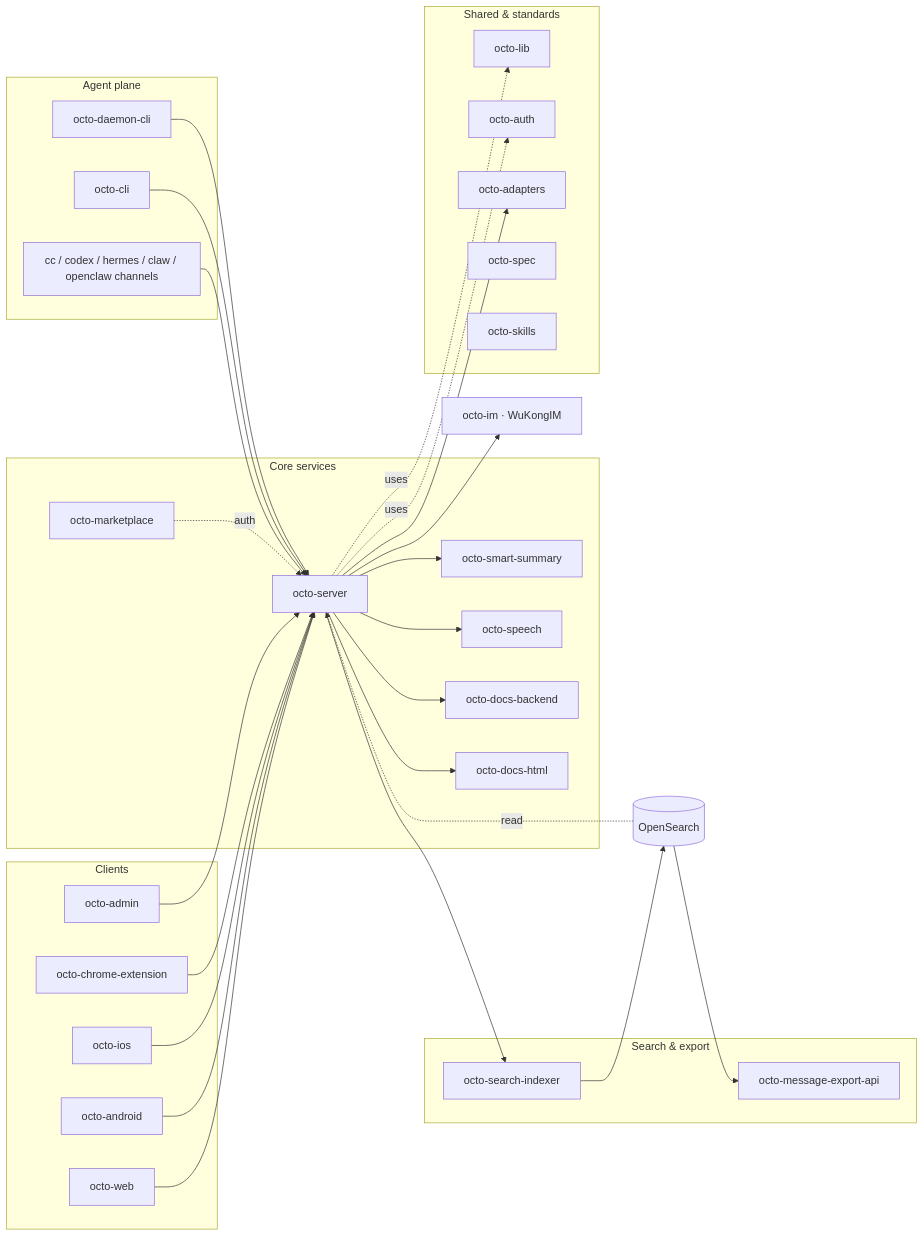
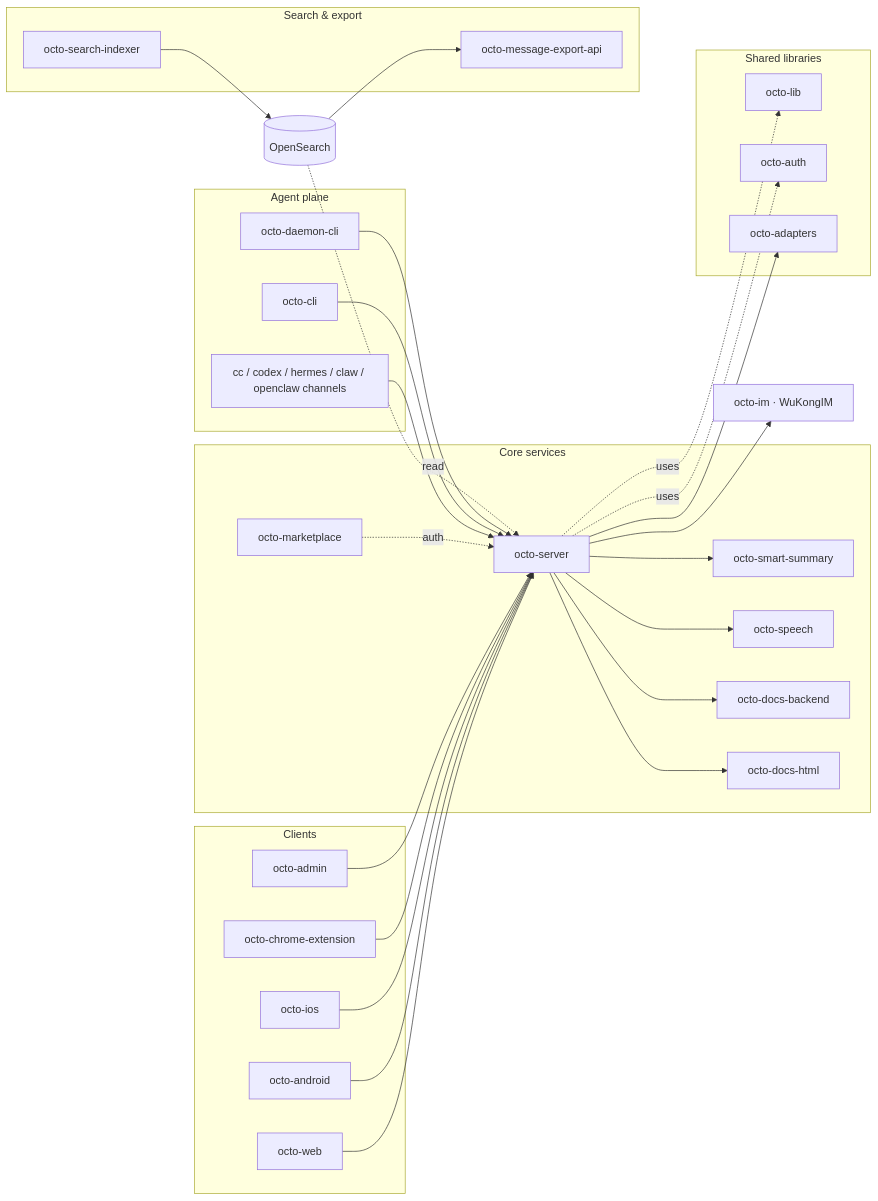
Before and after one commit to Mininglamp-OSS/octo-docs: the diagram in ecosystem/repository-guide.mdx, drawn with Mermaid. The commit also changed 1 other file, not shown here.

Commit message:
docs: repo-guide — indexer is standalone (not fed by server); tidy graph
- Remove the incorrect server → octo-search-indexer edge; the indexer reads the
  message store directly and writes OpenSearch, which server & export read.
- Drop floating octo-spec/octo-skills nodes from the graph (kept in the tables).
- Translate zh 'uses' edge labels to 依赖 for consistency. EN + zh.

````diff
--- a/ecosystem/repository-guide.mdx
+++ b/ecosystem/repository-guide.mdx
@@ -13,58 +13,55 @@
 ```mermaid
 graph LR
   subgraph clients["Clients"]
     web[octo-web]
     android[octo-android]
     ios[octo-ios]
     ext[octo-chrome-extension]
     adm[octo-admin]
   end
   subgraph coregrp["Core services"]
     server[octo-server]
     summary[octo-smart-summary]
     speech[octo-speech]
     market[octo-marketplace]
     dbe[octo-docs-backend]
     dhtml[octo-docs-html]
   end
   im[octo-im · WuKongIM]
   osx[(OpenSearch)]
   subgraph searchgrp["Search & export"]
     idx[octo-search-indexer]
     exp[octo-message-export-api]
   end
   subgraph agentgrp["Agent plane"]
     channels[cc / codex / hermes / claw / openclaw channels]
     cli[octo-cli]
     daemon[octo-daemon-cli]
   end
-  subgraph sharedgrp["Shared & standards"]
+  subgraph sharedgrp["Shared libraries"]
     lib[octo-lib]
     auth[octo-auth]
     adapters[octo-adapters]
-    spec[octo-spec]
-    skills[octo-skills]
   end
 
   web --> server
   android --> server
   ios --> server
   ext --> server
   adm --> server
   server --> im
   server --> summary
   server --> speech
   market -.auth.-> server
   server --> dbe
   server --> dhtml
   channels --> server
   cli --> server
   daemon --> server
-  server --> idx
   idx --> osx
   osx -.read.-> server
   osx --> exp
   server -.uses.-> lib
   server -.uses.-> auth
   server --> adapters
 ```
````
